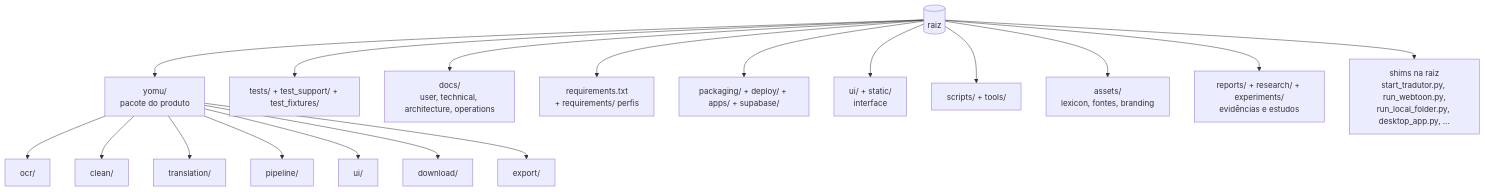
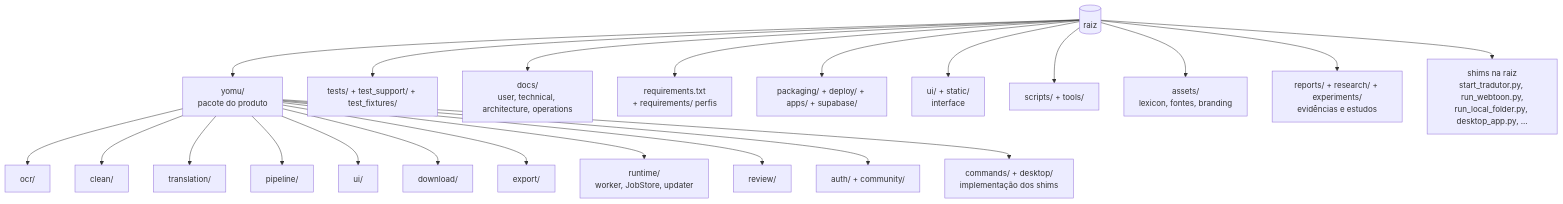
One commit to HenriquePvAr/Yomu-Sekai changed the diagram in docs/architecture/REPOSITORY_STRUCTURE.md. Above: the diagram before and after it, drawn with Mermaid. The commit also changed other lines of this file and 78 other files, not shown here.

````diff
--- a/docs/architecture/REPOSITORY_STRUCTURE.md
+++ b/docs/architecture/REPOSITORY_STRUCTURE.md
@@ -12,14 +14,15 @@
 ```mermaid
 flowchart TD
     R[(raiz)] --> Y[yomu/<br/>pacote do produto]
     R --> T[tests/ + test_support/ + test_fixtures/]
     R --> D[docs/<br/>user, technical, architecture, operations]
     R --> Q[requirements.txt<br/>+ requirements/ perfis]
     R --> P[packaging/ + deploy/ + apps/ + supabase/]
     R --> U[ui/ + static/<br/>interface]
     R --> S[scripts/ + tools/]
     R --> A[assets/<br/>lexicon, fontes, branding]
     R --> E[reports/ + research/ + experiments/<br/>evidências e estudos]
     R --> L[shims na raiz<br/>start_tradutor.py, run_webtoon.py,<br/>run_local_folder.py, desktop_app.py, ...]
-    Y --> Y1[ocr/] & Y2[clean/] & Y3[translation/] & Y4[pipeline/] & Y5[ui/] & Y6[download/] & Y7[export/]
+    Y --> Y1["ocr/"] & Y2["clean/"] & Y3["translation/"] & Y4["pipeline/"] & Y5["ui/"] & Y6["download/"] & Y7["export/"]
+    Y --> Y8["runtime/<br/>worker, JobStore, updater"] & Y9["review/"] & Y10["auth/ + community/"] & Y11["commands/ + desktop/<br/>implementação dos shims"]
 ```
````
